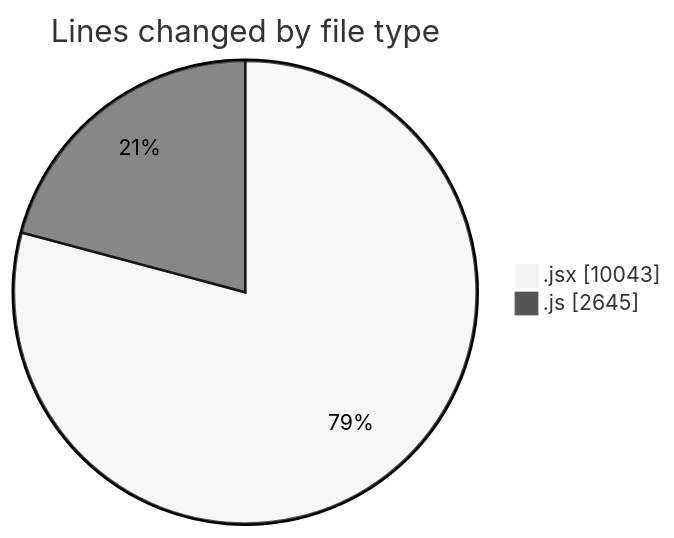
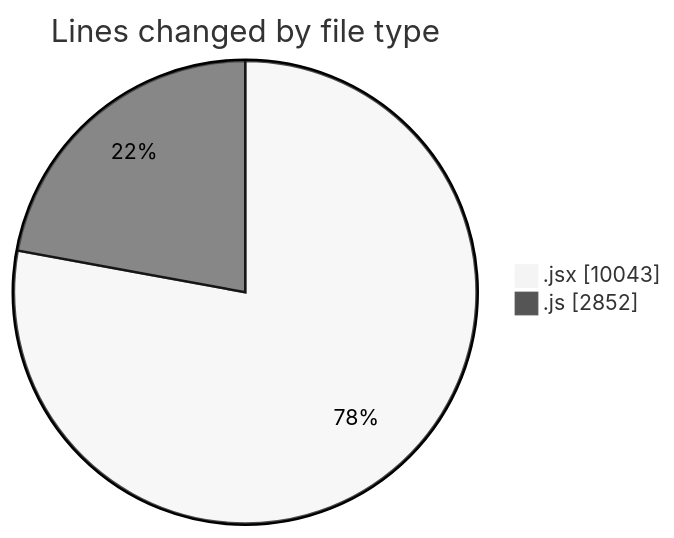
The first of 2 diagrams in 2026-01-20/nxtqube_webapp/README.md (nxtqubesakshisongat/code-tracking), drawn with Mermaid (neutral theme) before and after one commit. The commit also changed other lines of this file and 1 other file, not shown here.

````diff
--- a/2026-01-20/nxtqube_webapp/README.md
+++ b/2026-01-20/nxtqube_webapp/README.md
@@ -27,6 +27,6 @@
 ```mermaid
 pie showData
 title Lines changed by file type
 ".jsx" : 10043
-".js" : 2645
+".js" : 2852
 ```
````
